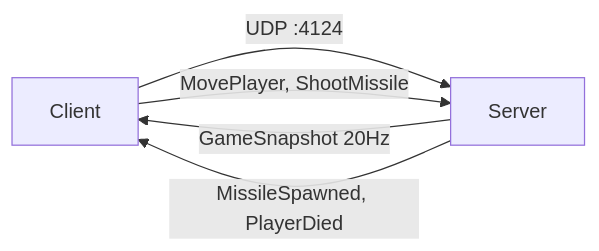
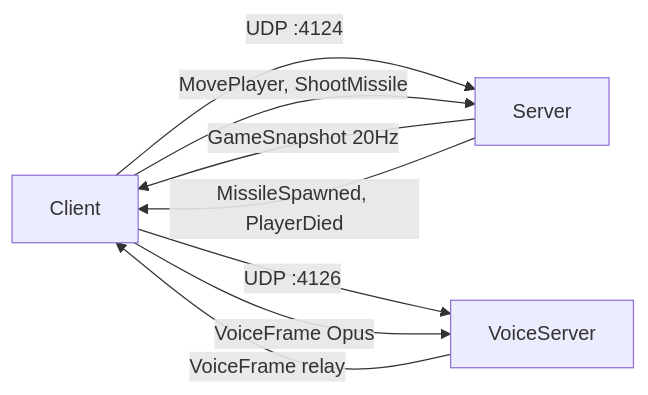
The first of 3 diagrams in docs/client/network/index.md (ChrisG-L/rtype), drawn with Mermaid before and after one commit. The commit also changed other lines of this file and 40 other files, not shown here.

````diff
--- a/docs/client/network/index.md
+++ b/docs/client/network/index.md
@@ -7,7 +7,11 @@
 ```mermaid
 graph LR
     A[Client] -->|UDP :4124| B[Server]
     A -->|MovePlayer, ShootMissile| B
     B -->|GameSnapshot 20Hz| A
     B -->|MissileSpawned, PlayerDied| A
+
+    A -->|UDP :4126| C[VoiceServer]
+    A -->|VoiceFrame Opus| C
+    C -->|VoiceFrame relay| A
 ```
````
